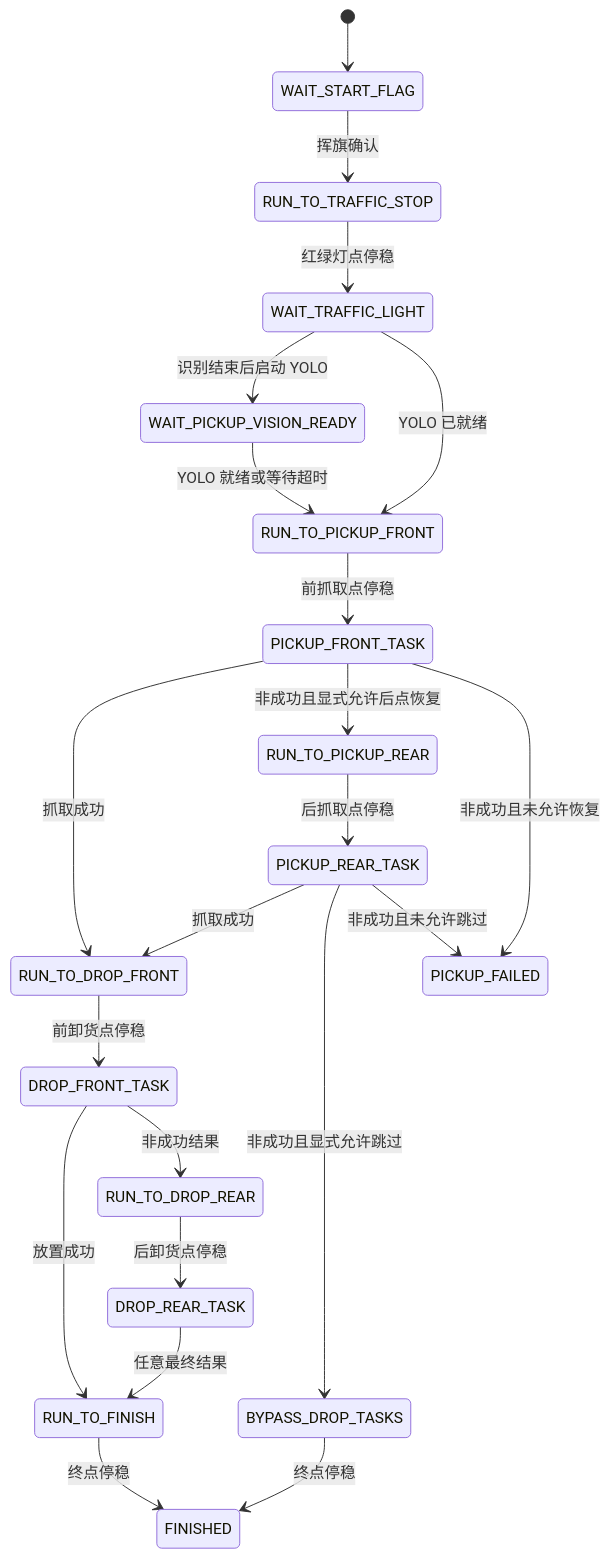
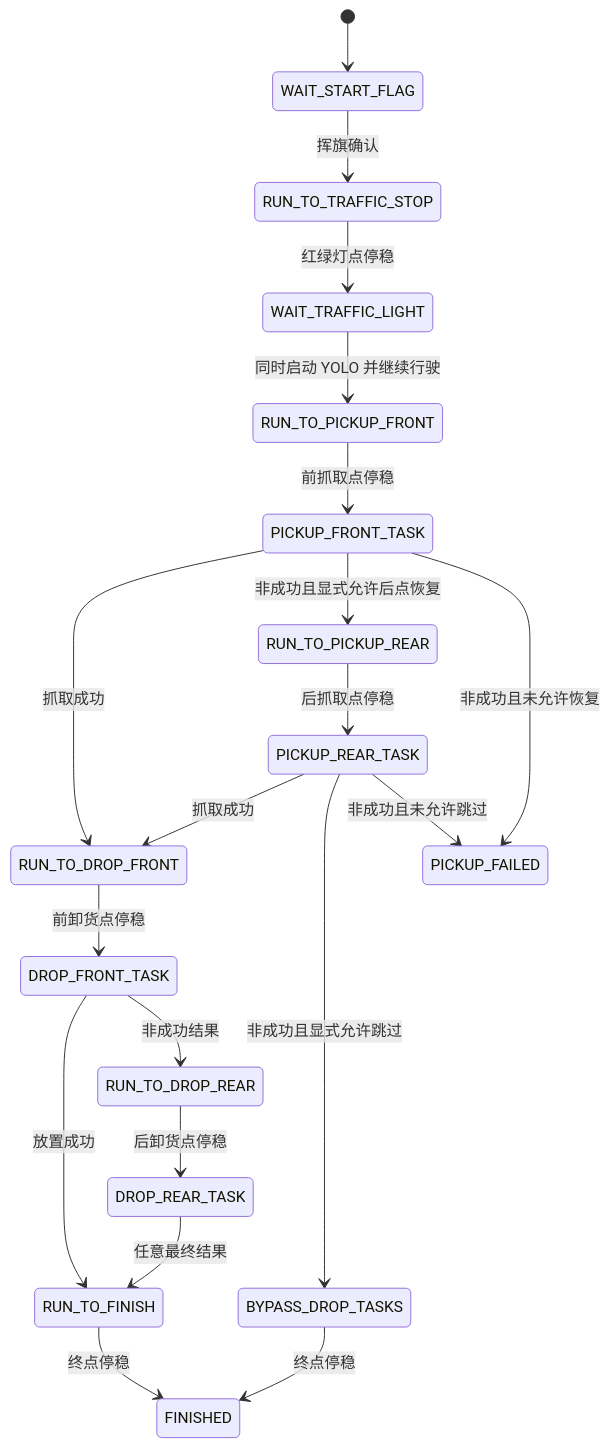
One commit to Gra1nRain/express-delivery-robot changed the first of 2 diagrams in docs/competition_mission_state_machine.md. Above: the diagram before and after it, drawn with Mermaid. The commit also changed other lines of this file and 13 other files, not shown here.

First line of the commit message:
fix(mission): overlap pickup vision preload with driving

````diff
--- a/docs/competition_mission_state_machine.md
+++ b/docs/competition_mission_state_machine.md
@@ -25,24 +24,22 @@
 ```mermaid
 stateDiagram-v2
     [*] --> WAIT_START_FLAG
     WAIT_START_FLAG --> RUN_TO_TRAFFIC_STOP: 挥旗确认
     RUN_TO_TRAFFIC_STOP --> WAIT_TRAFFIC_LIGHT: 红绿灯点停稳
-    WAIT_TRAFFIC_LIGHT --> WAIT_PICKUP_VISION_READY: 识别结束后启动 YOLO
-    WAIT_TRAFFIC_LIGHT --> RUN_TO_PICKUP_FRONT: YOLO 已就绪
-    WAIT_PICKUP_VISION_READY --> RUN_TO_PICKUP_FRONT: YOLO 就绪或等待超时
+    WAIT_TRAFFIC_LIGHT --> RUN_TO_PICKUP_FRONT: 同时启动 YOLO 并继续行驶
     RUN_TO_PICKUP_FRONT --> PICKUP_FRONT_TASK: 前抓取点停稳
     PICKUP_FRONT_TASK --> RUN_TO_DROP_FRONT: 抓取成功
     PICKUP_FRONT_TASK --> RUN_TO_PICKUP_REAR: 非成功且显式允许后点恢复
     PICKUP_FRONT_TASK --> PICKUP_FAILED: 非成功且未允许恢复
     RUN_TO_PICKUP_REAR --> PICKUP_REAR_TASK: 后抓取点停稳
     PICKUP_REAR_TASK --> RUN_TO_DROP_FRONT: 抓取成功
     PICKUP_REAR_TASK --> BYPASS_DROP_TASKS: 非成功且显式允许跳过
     PICKUP_REAR_TASK --> PICKUP_FAILED: 非成功且未允许跳过
     RUN_TO_DROP_FRONT --> DROP_FRONT_TASK: 前卸货点停稳
     DROP_FRONT_TASK --> RUN_TO_FINISH: 放置成功
     DROP_FRONT_TASK --> RUN_TO_DROP_REAR: 非成功结果
     RUN_TO_DROP_REAR --> DROP_REAR_TASK: 后卸货点停稳
     DROP_REAR_TASK --> RUN_TO_FINISH: 任意最终结果
     BYPASS_DROP_TASKS --> FINISHED: 终点停稳
     RUN_TO_FINISH --> FINISHED: 终点停稳
 ```
````
